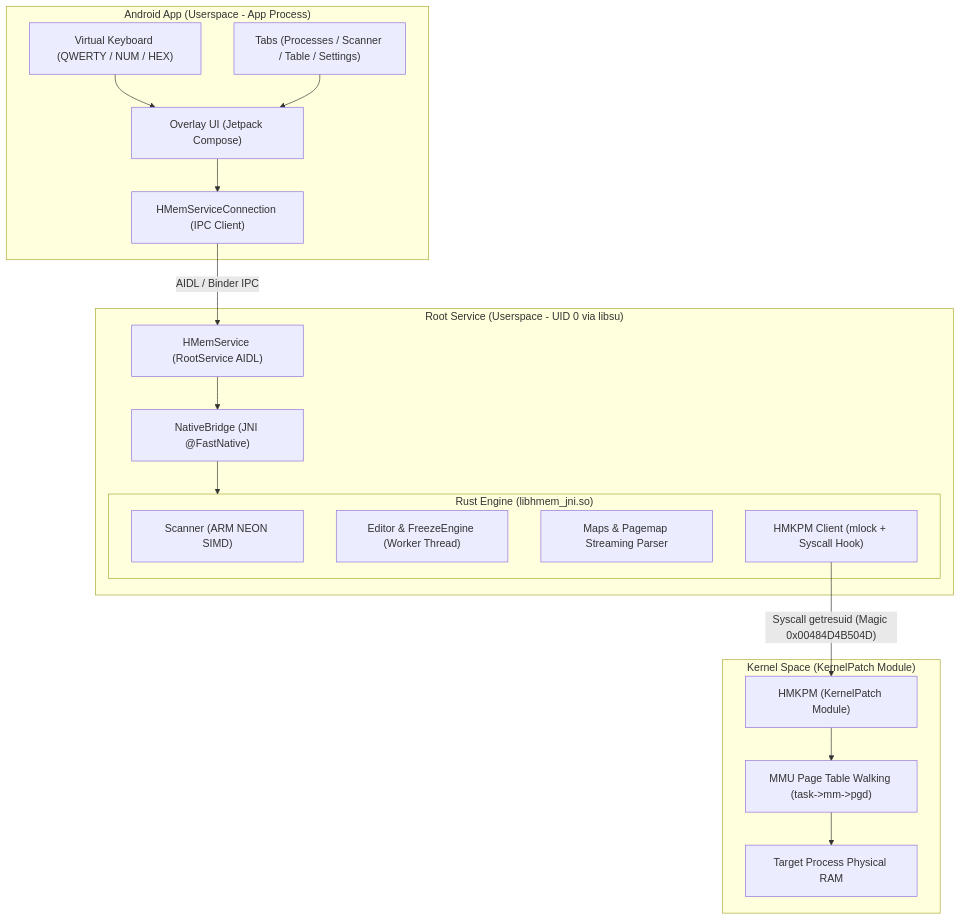
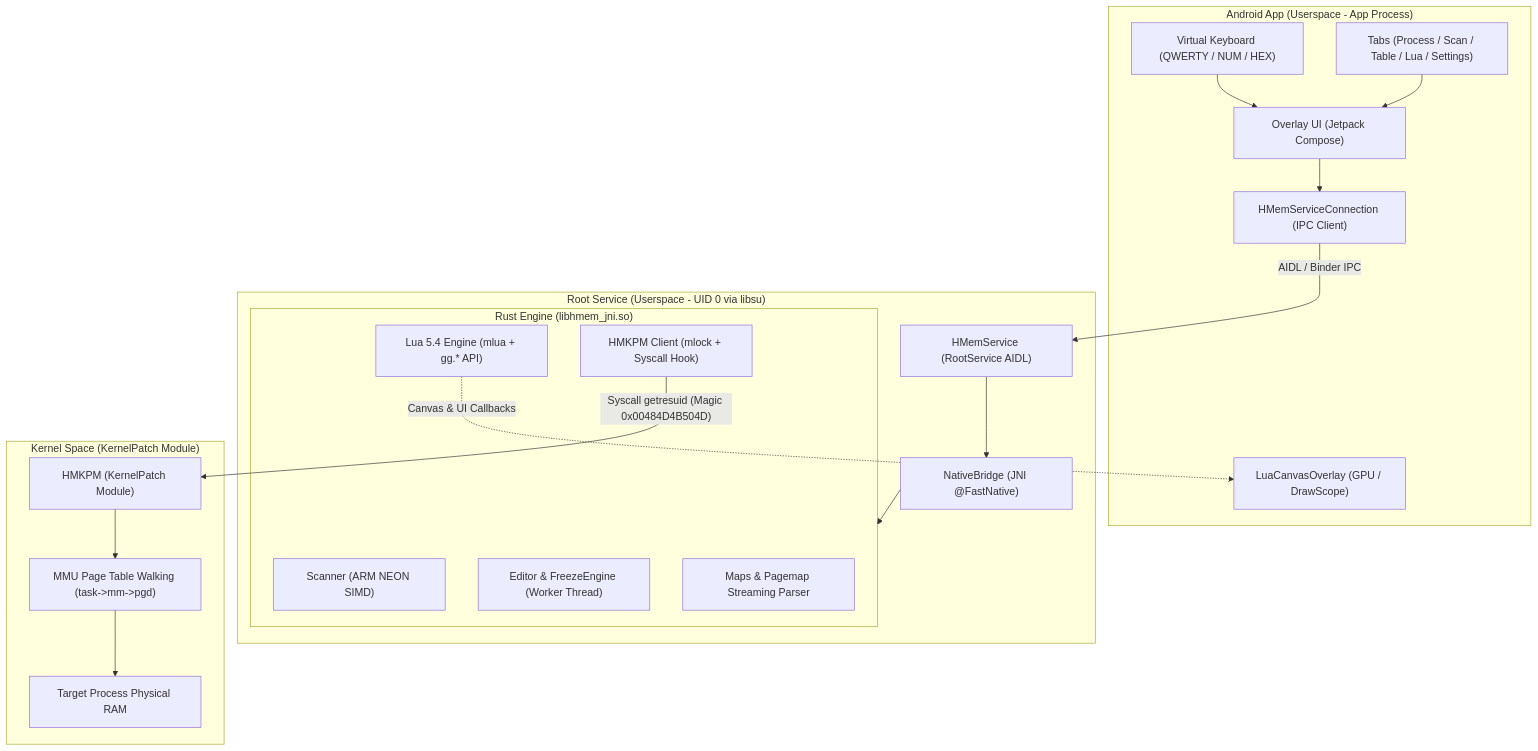
The diagram in README.md (Yervant7/HuntMemory), drawn with Mermaid before and after one commit. The commit also changed other lines of this file and 425 other files, not shown here.

````diff
--- a/README.md
+++ b/README.md
@@ -41,36 +41,39 @@
 ```mermaid
 graph TD
     subgraph UI_Space ["Android App (Userspace - App Process)"]
         UI["Overlay UI (Jetpack Compose)"]
         VK["Virtual Keyboard (QWERTY / NUM / HEX)"]
-        Tabs["Tabs (Processes / Scanner / Table / Settings)"]
+        Canvas_UI["LuaCanvasOverlay (GPU / DrawScope)"]
+        Tabs["Tabs (Process / Scan / Table / Lua / Settings)"]
         Conn["HMemServiceConnection (IPC Client)"]
     end
 
     subgraph Root_Space ["Root Service (Userspace - UID 0 via libsu)"]
         RS["HMemService (RootService AIDL)"]
         NB["NativeBridge (JNI @FastNative)"]
         subgraph Rust_Engine ["Rust Engine (libhmem_jni.so)"]
             SCAN["Scanner (ARM NEON SIMD)"]
             EDIT["Editor & FreezeEngine (Worker Thread)"]
+            SCRIPT["Lua 5.4 Engine (mlua + gg.* API)"]
             MAPS["Maps & Pagemap Streaming Parser"]
             KPMC["HMKPM Client (mlock + Syscall Hook)"]
         end
     end
 
     subgraph Kernel_Space ["Kernel Space (KernelPatch Module)"]
         KPM["HMKPM (KernelPatch Module)"]
         PGD["MMU Page Table Walking (task->mm->pgd)"]
         MEM["Target Process Physical RAM"]
     end
 
     UI --> Conn
     VK --> UI
     Tabs --> UI
     Conn -- "AIDL / Binder IPC" --> RS
     RS --> NB
     NB --> Rust_Engine
+    SCRIPT -. "Canvas & UI Callbacks" .-> Canvas_UI
     KPMC -- "Syscall getresuid (Magic 0x00484D4B504D)" --> KPM
     KPM --> PGD
     PGD --> MEM
 ```
````
